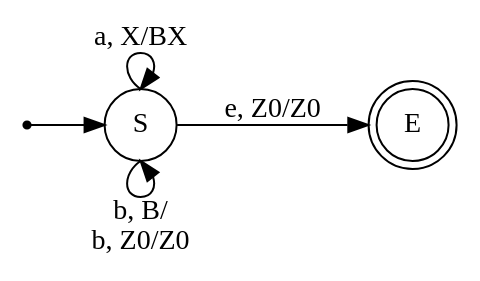
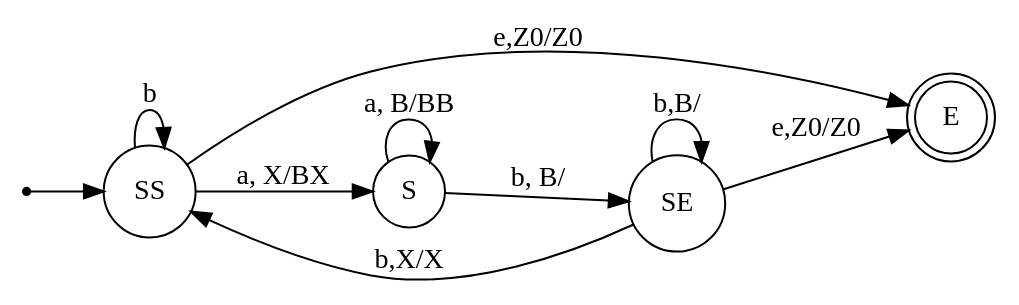
The third of 3 diagrams in Практика/Разбор задач/PDA и отображение Шютценберже.md (HumsterProgrammer/iu9-tfl-practice), drawn with Graphviz before and after one commit. The commit also changed other lines of this file, not shown here.

Commit message:
Fixin (погорячилася я)

````diff
--- a/Практика/Разбор задач/PDA и отображение Шютценберже.md
+++ b/Практика/Разбор задач/PDA и отображение Шютценберже.md
@@ -55,12 +53,17 @@
 ```dot
 digraph{
 	rankdir=LR
 	node [shape=circle]
 	E [shape=doublecircle]
 	point [shape=point]
-	point -> S
-	S:n -> S:n [label="a, X/BX"]
-	S:s -> S:s [label="b, B/\n b, Z0/Z0"]
-	S -> E [label="e, Z0/Z0"]
+	point -> SS
+	SS -> SS [label="b"]
+	SS -> S [label="a, X/BX"]
+	S -> S [label="a, B/BB"]
+	S -> SE [label="b, B/\n"]
+	SE -> SE [label="b,B/\n"]
+	SE -> SS [label="b,X/X"]
+	SE -> E [label="e,Z0/Z0"]
+	SS -> E [label="e,Z0/Z0"]
 	}
 ```
````
